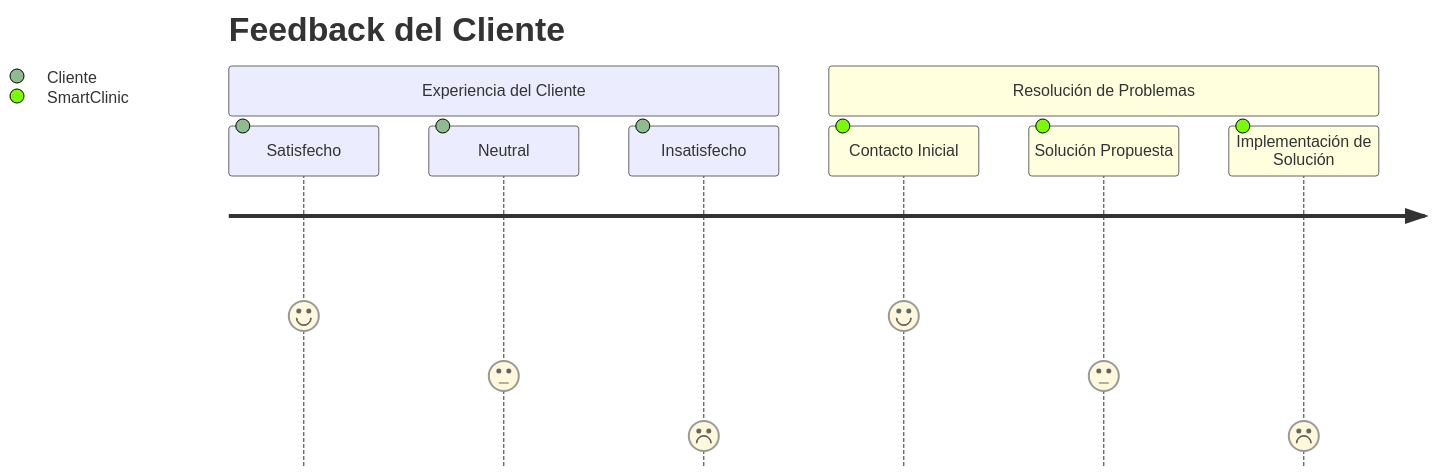
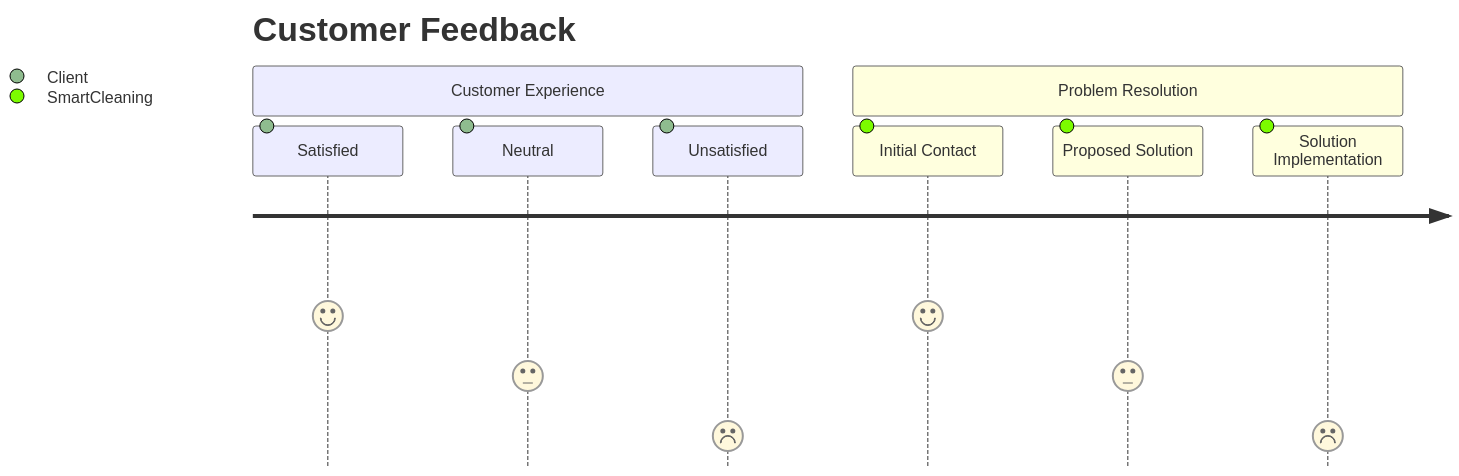
The tenth of 10 diagrams in README.md (despiau/mermaid), drawn with Mermaid before and after one commit. The commit also changed other lines of this file, not shown here.

````diff
--- a/README.md
+++ b/README.md
@@ -156,12 +156,12 @@
 ```mermaid
 journey
-    title Feedback del Cliente
-    section Experiencia del Cliente
-      Satisfecho: 5: Cliente
-      Neutral: 3: Cliente
-      Insatisfecho: 1: Cliente
-    section Resolución de Problemas
-      Contacto Inicial: 5: SmartClinic
-      Solución Propuesta: 3: SmartClinic
-      Implementación de Solución: 1: SmartClinic
+    title Customer Feedback
+    section Customer Experience
+      Satisfied: 5: Client
+      Neutral: 3: Client
+      Unsatisfied: 1: Client
+    section Problem Resolution
+      Initial Contact: 5: SmartCleaning
+      Proposed Solution: 3: SmartCleaning
+      Solution Implementation: 1: SmartCleaning
 ```
````
